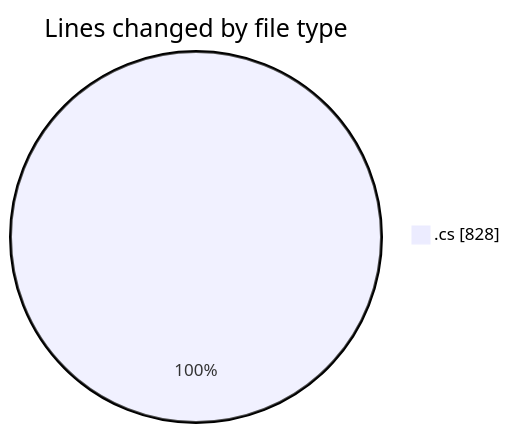
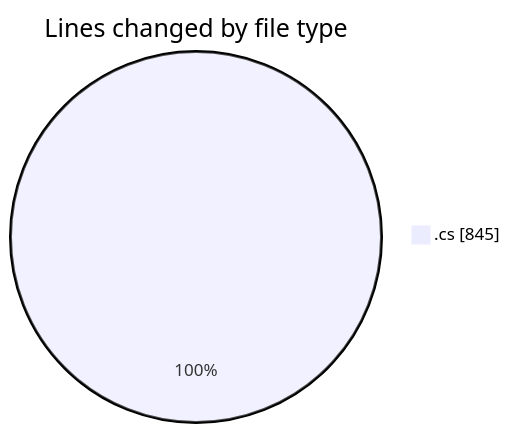
One commit to Netris89/code-tracking changed the first of 2 diagrams in 2025-03-22/back-end/README.md. Above: the diagram before and after it, drawn with Mermaid. The commit also changed other lines of this file and 1 other file, not shown here.

````diff
--- a/2025-03-22/back-end/README.md
+++ b/2025-03-22/back-end/README.md
@@ -26,5 +27,5 @@
 ```mermaid
 pie showData
 title Lines changed by file type
-".cs" : 828
+".cs" : 845
 ```
````
